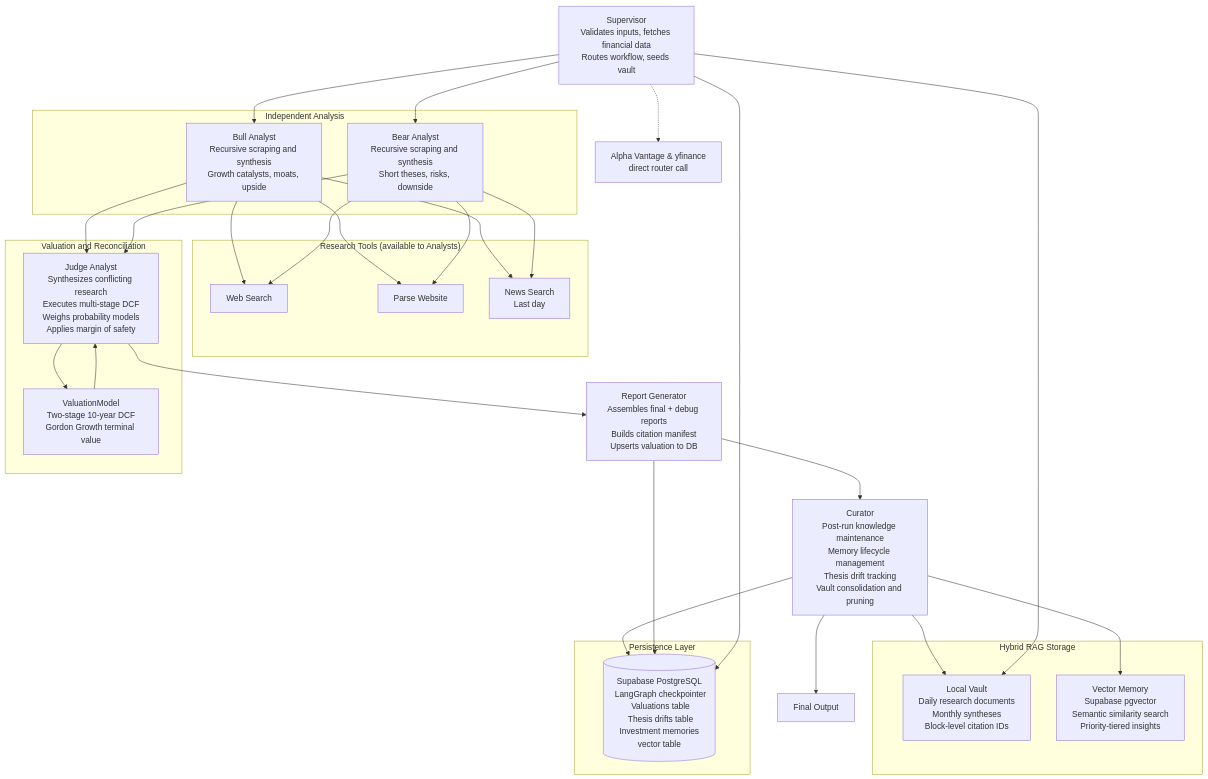
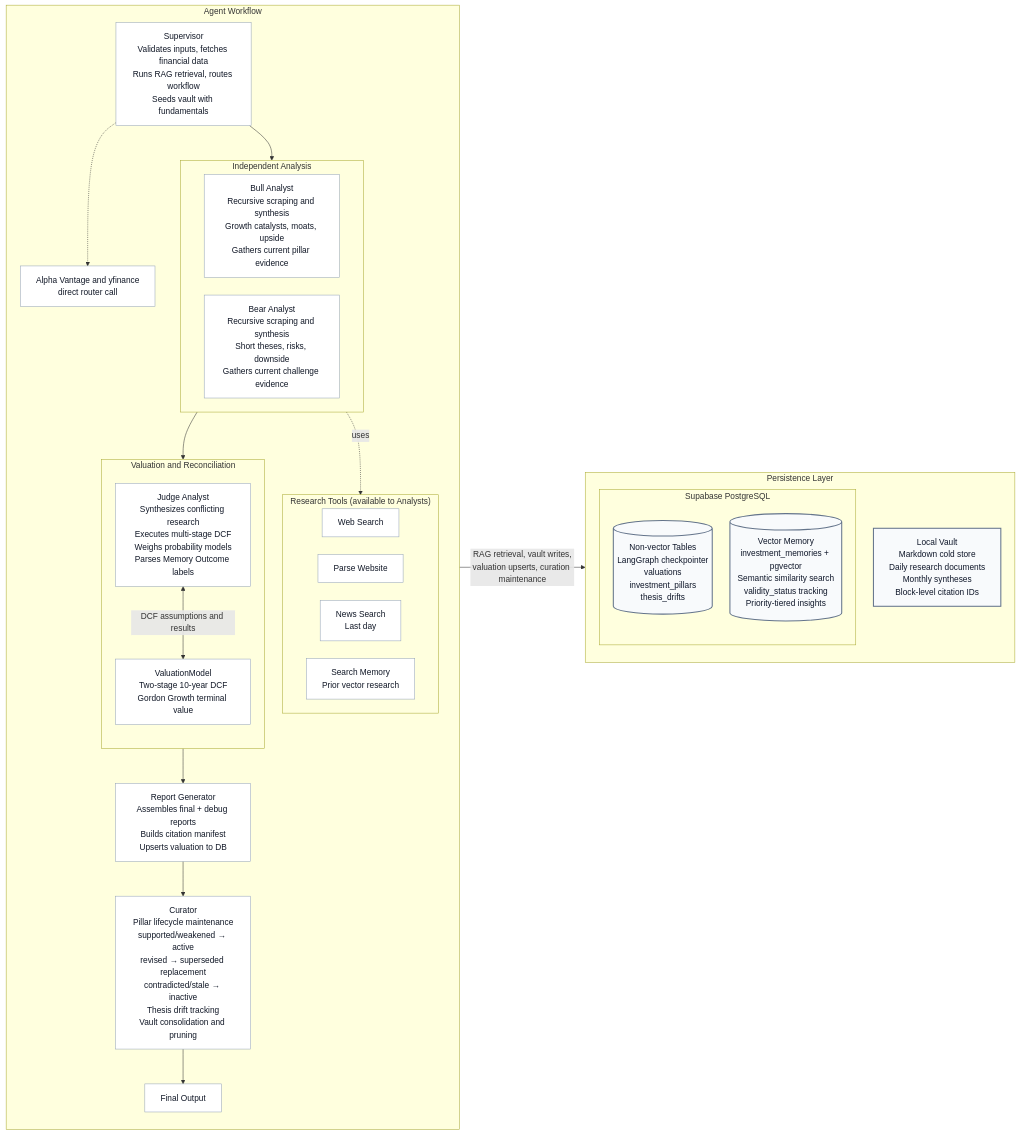
The first of 2 diagrams in README.md (Cocopuffff/valuebrief), drawn with Mermaid before and after one commit. The commit also changed other lines of this file and 26 other files, not shown here.

Commit message:
feat: upgrade to pillar-aware RAG system with lifecycle status tracking and improved memory management.

````diff
--- a/README.md
+++ b/README.md
@@ -24,62 +24,60 @@
 ```mermaid
-graph TD
-    S[Supervisor<br/>Validates inputs, fetches financial data<br/>Routes workflow, seeds vault]
+%%{init: {"flowchart": {"curve": "basis", "nodeSpacing": 34, "rankSpacing": 42}} }%%
+flowchart LR
+    subgraph WORKFLOW["Agent Workflow"]
+        direction TB
+        S[Supervisor<br/>Validates inputs, fetches financial data<br/>Runs RAG retrieval, routes workflow<br/>Seeds vault with fundamentals]
 
-    subgraph "Research Tools (available to Analysts)"
-        WS[Web Search]
-        PW[Parse Website]
-        NS[News Search<br/>Last day]
+        subgraph ANALYSIS["Independent Analysis"]
+            direction LR
+            BA[Bull Analyst<br/>Recursive scraping and synthesis<br/>Growth catalysts, moats, upside<br/>Gathers current pillar evidence]
+            BE[Bear Analyst<br/>Recursive scraping and synthesis<br/>Short theses, risks, downside<br/>Gathers current challenge evidence]
+        end
+
+        subgraph TOOLS["Research Tools (available to Analysts)"]
+            direction LR
+            WS[Web Search]
+            PW[Parse Website]
+            NS[News Search<br/>Last day]
+            SM[Search Memory<br/>Prior vector research]
+        end
+
+        subgraph VALUATION["Valuation and Reconciliation"]
+            direction TB
+            J[Judge Analyst<br/>Synthesizes conflicting research<br/>Executes multi-stage DCF<br/>Weighs probability models<br/>Parses Memory Outcome labels]
+            VM[ValuationModel<br/>Two-stage 10-year DCF<br/>Gordon Growth terminal value]
+            J <-->|DCF assumptions and results| VM
+        end
+
+        R[Report Generator<br/>Assembles final + debug reports<br/>Builds citation manifest<br/>Upserts valuation to DB]
+        C[Curator<br/>Pillar lifecycle maintenance<br/>supported/weakened → active<br/>revised → superseded replacement<br/>contradicted/stale → inactive<br/>Thesis drift tracking<br/>Vault consolidation and pruning]
+        AVYF[Alpha Vantage and yfinance<br/>direct router call]
+        DONE[Final Output]
+
+        S --> ANALYSIS
+        ANALYSIS -.->|uses| TOOLS
+        ANALYSIS --> VALUATION
+        VALUATION --> R
+        R --> C
+        C --> DONE
+        S -.-> AVYF
     end
 
-    subgraph "Independent Analysis"
-        BA[Bull Analyst<br/>Recursive scraping and synthesis<br/>Growth catalysts, moats, upside]
-        BE[Bear Analyst<br/>Recursive scraping and synthesis<br/>Short theses, risks, downside]
+    subgraph PERSIST["Persistence Layer"]
+        direction TB
+        V[Local Vault<br/>Markdown cold store<br/>Daily research documents<br/>Monthly syntheses<br/>Block-level citation IDs]
+
+        subgraph PG["Supabase PostgreSQL"]
+            direction TB
+            DB[(Non-vector Tables<br/>LangGraph checkpointer<br/>valuations<br/>investment_pillars<br/>thesis_drifts)]
+            VMEM[(Vector Memory<br/>investment_memories + pgvector<br/>Semantic similarity search<br/>validity_status tracking<br/>Priority-tiered insights)]
+        end
     end
 
-    BA --> WS
-    BA --> PW
-    BA --> NS
-    BE --> WS
-    BE --> PW
-    BE --> NS
+    WORKFLOW -->|RAG retrieval, vault writes,<br/>valuation upserts, curation maintenance| PERSIST
 
-    S --> BA
-    S --> BE
-
-    BA --> J
-    BE --> J
-
-    subgraph "Valuation and Reconciliation"
-        J[Judge Analyst<br/>Synthesizes conflicting research<br/>Executes multi-stage DCF<br/>Weighs probability models<br/>Applies margin of safety]
-        VM[ValuationModel<br/>Two-stage 10-year DCF<br/>Gordon Growth terminal value]
-    end
-
-    J --> VM
-    VM --> J
-
-    J --> R[Report Generator<br/>Assembles final + debug reports<br/>Builds citation manifest<br/>Upserts valuation to DB]
-
-    R --> C[Curator<br/>Post-run knowledge maintenance<br/>Memory lifecycle management<br/>Thesis drift tracking<br/>Vault consolidation and pruning]
-
-    subgraph "Hybrid RAG Storage"
-        V[Local Vault<br/> Daily research documents<br/> Monthly syntheses<br/> Block-level citation IDs]
-        VMEM[Vector Memory<br/> Supabase pgvector<br/> Semantic similarity search<br/> Priority-tiered insights]
-    end
-
-    C --> V
-    C --> VMEM
-
-    S --> V
-
-    subgraph "Persistence Layer"
-        DB[(Supabase PostgreSQL<br/> LangGraph checkpointer<br/> Valuations table<br/> Thesis drifts table<br/> Investment memories vector table)]
-    end
-
-    C --> DB
-    R --> DB
-    S --> DB
-
-    S -.-> AV&YF[Alpha Vantage & yfinance<br/>direct router call]
-
-    C --> Done[Final Output]
+    classDef workflow fill:#ffffff,stroke:#94a3b8,stroke-width:1px,color:#111827
+    classDef store fill:#f8fafc,stroke:#64748b,stroke-width:2px,color:#0f172a
+    class S,BA,BE,WS,PW,NS,SM,J,VM,R,C,AVYF,DONE workflow
+    class V,DB,VMEM store
 ```
````
